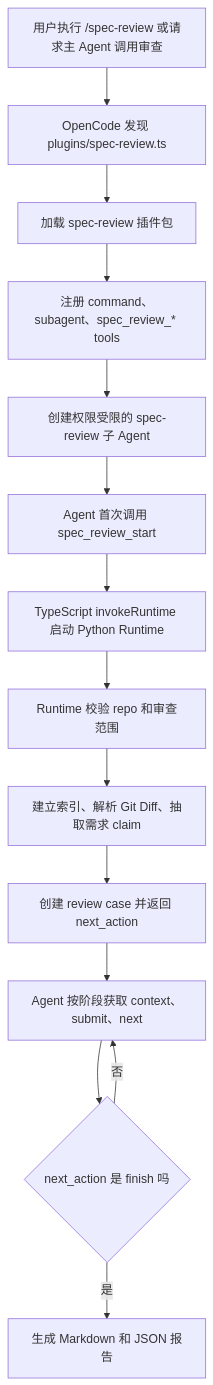
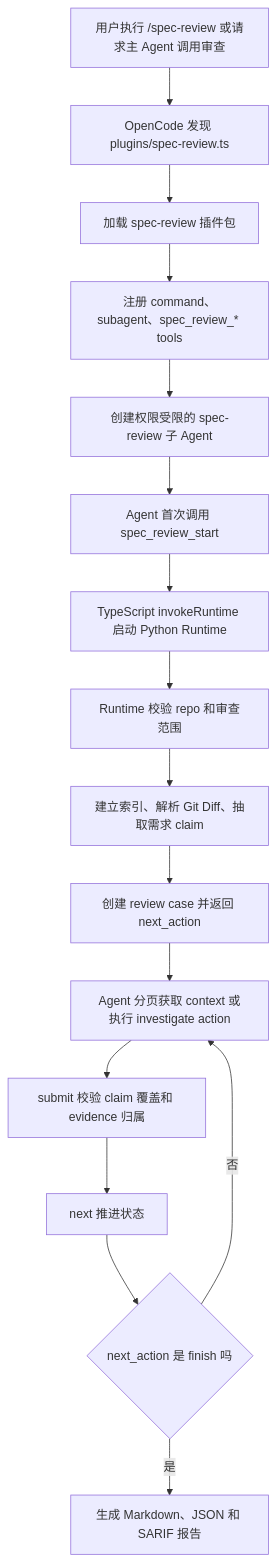
The diagram in plugins/StudyDocs/01_整体架构_代码设计文档一致性审查Agent如何工作.md (8utterf1y/final), drawn with Mermaid before and after one commit. The commit also changed other lines of this file and 5 other files, not shown here.

````diff
--- a/plugins/StudyDocs/01_整体架构_代码设计文档一致性审查Agent如何工作.md
+++ b/plugins/StudyDocs/01_整体架构_代码设计文档一致性审查Agent如何工作.md
@@ -31,16 +31,18 @@
 ```mermaid
 flowchart TD
 A["用户执行 /spec-review 或请求主 Agent 调用审查"] --> B["OpenCode 发现 plugins/spec-review.ts"]
 B --> C["加载 spec-review 插件包"]
 C --> D["注册 command、subagent、spec_review_* tools"]
 D --> E["创建权限受限的 spec-review 子 Agent"]
 E --> F["Agent 首次调用 spec_review_start"]
 F --> G["TypeScript invokeRuntime 启动 Python Runtime"]
 G --> H["Runtime 校验 repo 和审查范围"]
 H --> I["建立索引、解析 Git Diff、抽取需求 claim"]
 I --> J["创建 review case 并返回 next_action"]
-J --> K["Agent 按阶段获取 context、submit、next"]
-K --> L{"next_action 是 finish 吗"}
+J --> K["Agent 分页获取 context 或执行 investigate action"]
+K --> N["submit 校验 claim 覆盖和 evidence 归属"]
+N --> O["next 推进状态"]
+O --> L{"next_action 是 finish 吗"}
 L -->|否| K
-L -->|是| M["生成 Markdown 和 JSON 报告"]
+L -->|是| M["生成 Markdown、JSON 和 SARIF 报告"]
 ```
````
